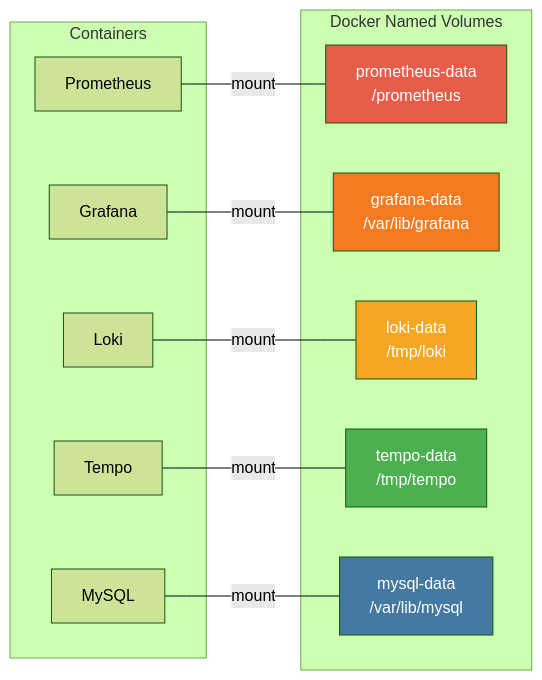
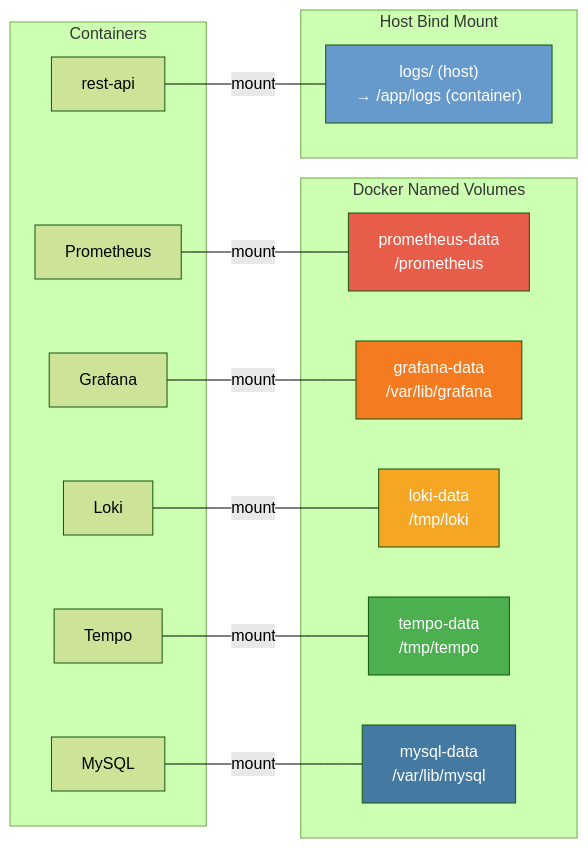
The fifth of 5 diagrams in docs/monitoring-stack.md (helmipradita/belajar-typescript-restful-api), drawn with Mermaid (forest theme) before and after one commit. The commit also changed other lines of this file and 5 other files, not shown here.

First line of the commit message:
docs: restructure documentation — add ARCHITECTURE.md, consolidate docs, upgrade README

````diff
--- a/docs/monitoring-stack.md
+++ b/docs/monitoring-stack.md
@@ -84,30 +141,37 @@
 ```mermaid
 graph LR
     subgraph Docker Named Volumes
         V1["prometheus-data<br/>/prometheus"]
         V2["grafana-data<br/>/var/lib/grafana"]
         V3["loki-data<br/>/tmp/loki"]
         V4["tempo-data<br/>/tmp/tempo"]
         V5["mysql-data<br/>/var/lib/mysql"]
     end
 
+    subgraph Host Bind Mount
+        V6["logs/ (host)<br/>→ /app/logs (container)"]
+    end
+
     subgraph Containers
         C1[Prometheus]
         C2[Grafana]
         C3[Loki]
         C4[Tempo]
         C5[MySQL]
+        C6[rest-api]
     end
 
     C1 ---|mount| V1
     C2 ---|mount| V2
     C3 ---|mount| V3
     C4 ---|mount| V4
     C5 ---|mount| V5
+    C6 ---|mount| V6
 
     style V1 fill:#e85d4a,color:#fff
     style V2 fill:#f47b20,color:#fff
     style V3 fill:#f5a623,color:#fff
     style V4 fill:#4caf50,color:#fff
     style V5 fill:#4479a1,color:#fff
+    style V6 fill:#69c,color:#fff
 ```
````
